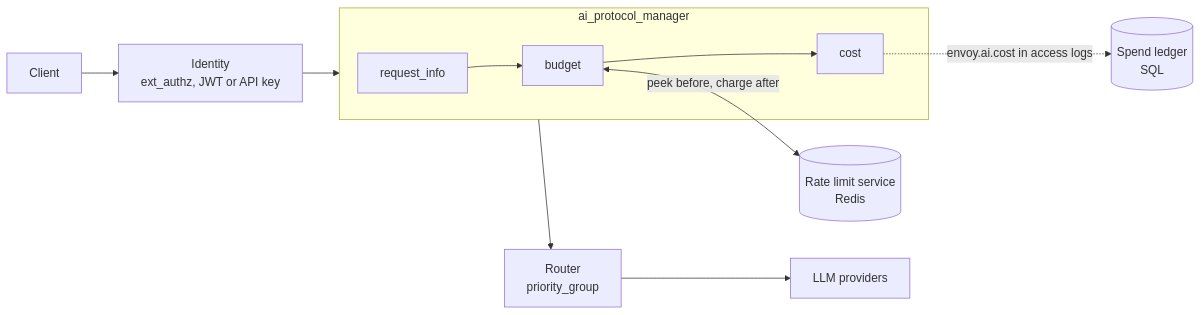
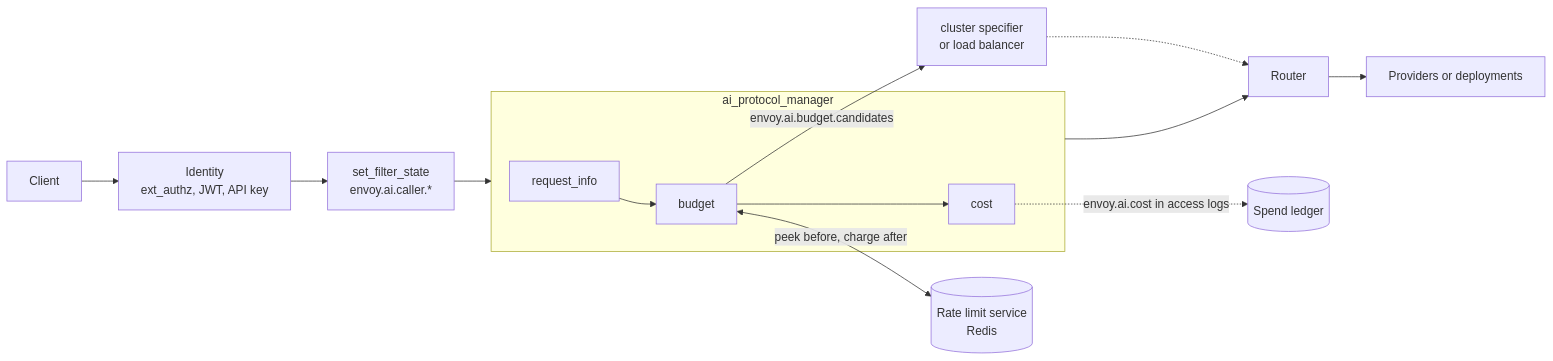
One commit to botengyao/envoy changed the first of 3 diagrams in source/docs/ai_budget_routing.md. Above: the diagram before and after it, drawn with Mermaid. The commit also changed other lines of this file, not shown here.

Commit message:
ai_protocol_manager: design budget routing from user journeys

````diff
--- a/source/docs/ai_budget_routing.md
+++ b/source/docs/ai_budget_routing.md
@@ -29,11 +60,14 @@
 ```mermaid
 flowchart LR
-  C[Client] --> I[Identity<br/>ext_authz, JWT or API key]
+  C[Client] --> AU[Identity<br/>ext_authz, JWT, API key]
+  AU --> SF[set_filter_state<br/>envoy.ai.caller.*]
   subgraph APM[ai_protocol_manager]
     RI[request_info] --> B[budget] --> CO[cost]
   end
-  I --> APM --> R[Router<br/>priority_group]
-  R --> P[LLM providers]
+  SF --> APM --> R[Router]
+  B -->|envoy.ai.budget.candidates| CS[cluster specifier<br/>or load balancer]
+  CS -.-> R
+  R --> P[Providers or deployments]
   B <-->|peek before, charge after| RLS[(Rate limit service<br/>Redis)]
-  CO -.->|envoy.ai.cost in access logs| L[(Spend ledger<br/>SQL)]
+  CO -.->|envoy.ai.cost in access logs| L[(Spend ledger)]
 ```
````
